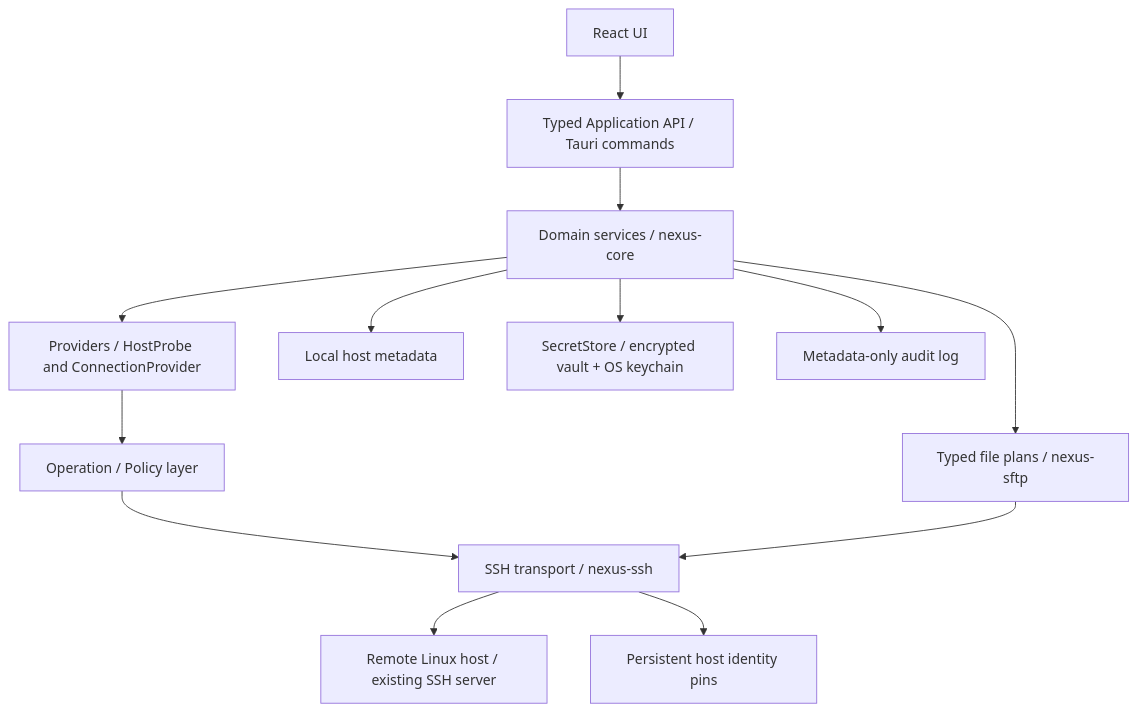
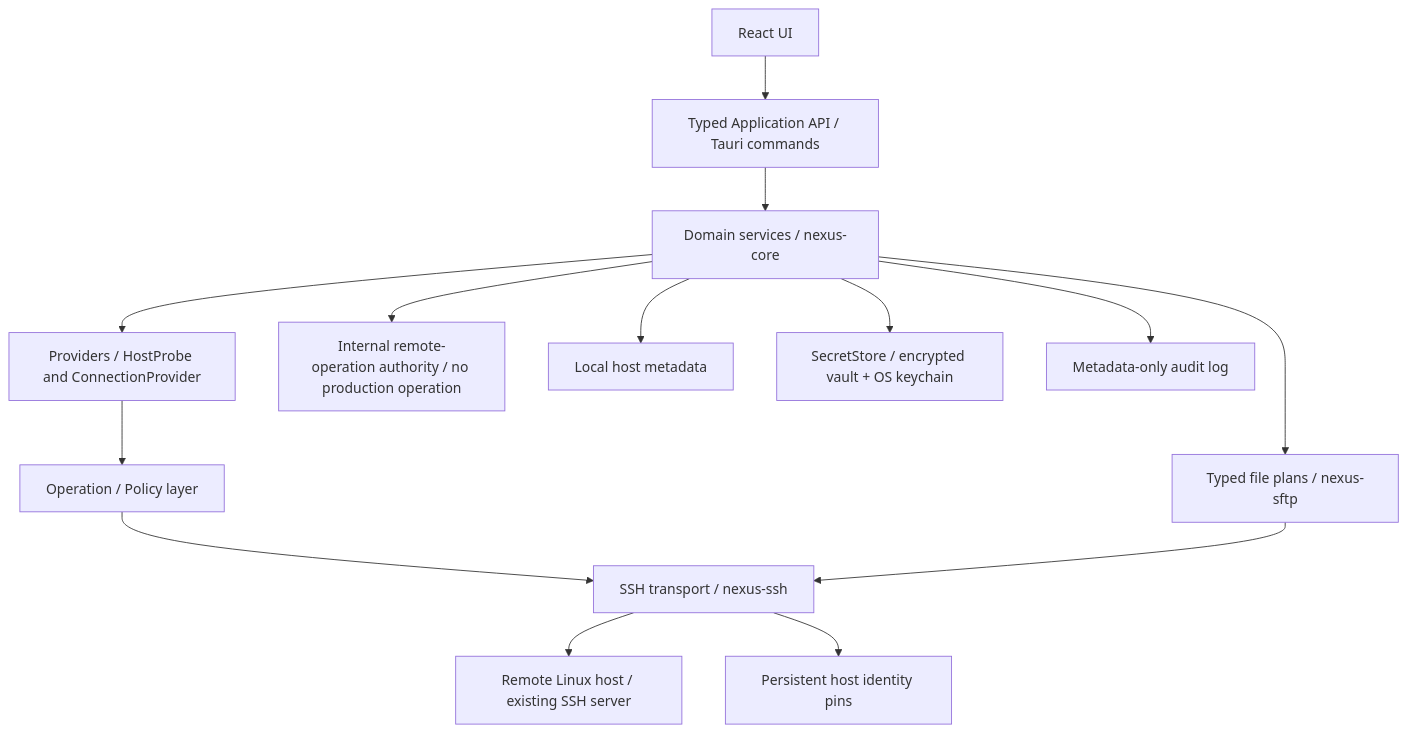
Before and after one commit to unrealbg/NexusOps: the diagram in docs/architecture/overview.md, drawn with Mermaid. The commit also changed other lines of this file and 28 other files, not shown here.

Commit message:
feat: add remote operation authority foundation

````diff
--- a/docs/architecture/overview.md
+++ b/docs/architecture/overview.md
@@ -5,15 +5,16 @@
 ```mermaid
 flowchart TD
   UI[React UI] --> API[Typed Application API / Tauri commands]
   API --> CORE[Domain services / nexus-core]
   CORE --> PROVIDERS[Providers / HostProbe and ConnectionProvider]
   PROVIDERS --> POLICY[Operation / Policy layer]
   POLICY --> SSH[SSH transport / nexus-ssh]
   CORE --> FILES[Typed file plans / nexus-sftp]
+  CORE --> REMOTE[Internal remote-operation authority / no production operation]
   FILES --> SSH
   SSH --> HOST[Remote Linux host / existing SSH server]
   CORE --> REPO[Local host metadata]
   CORE --> VAULT[SecretStore / encrypted vault + OS keychain]
   CORE --> AUDIT[Metadata-only audit log]
   SSH --> PINS[Persistent host identity pins]
 ```
````
